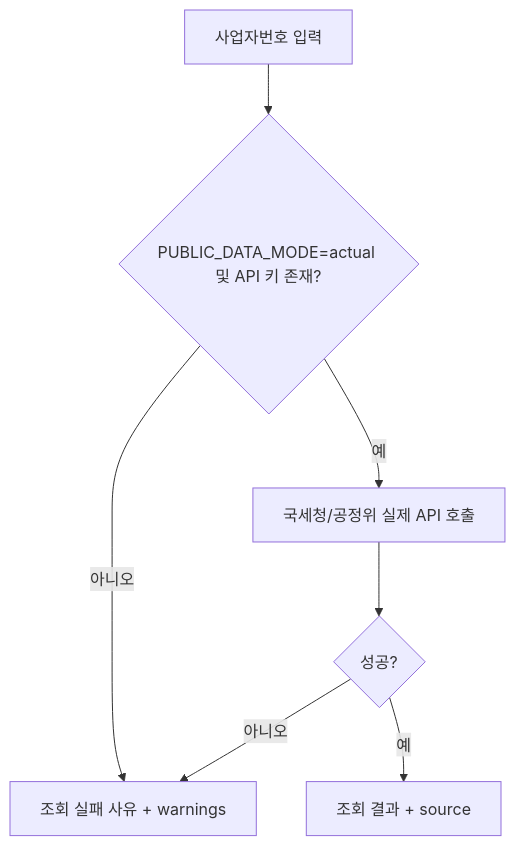
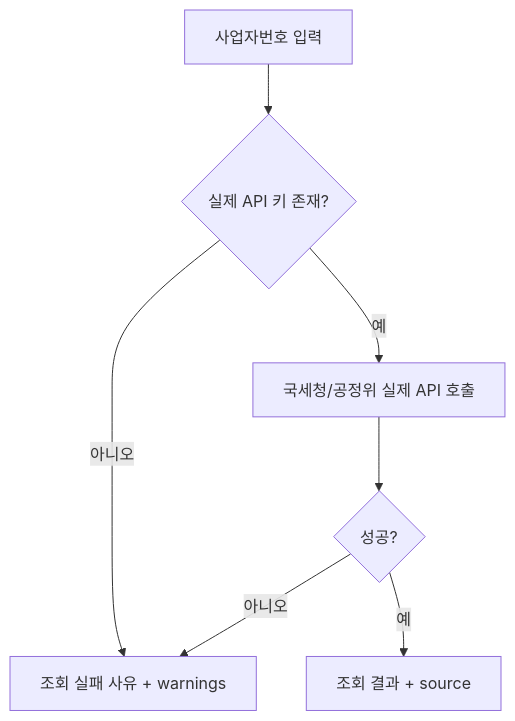
The second of 2 diagrams in ARCHITECTURE.md (jiwon-5570/talk-safeguard-mcp), drawn with Mermaid before and after one commit. The commit also changed other lines of this file and 16 other files, not shown here.

````diff
--- a/ARCHITECTURE.md
+++ b/ARCHITECTURE.md
@@ -36,9 +36,9 @@
 ```mermaid
 flowchart TD
-  I[사업자번호 입력] --> D{PUBLIC_DATA_MODE=actual 및 API 키 존재?}
+  I[사업자번호 입력] --> D{실제 API 키 존재?}
   D -- 아니오 --> F[조회 실패 사유 + warnings]
   D -- 예 --> P[국세청/공정위 실제 API 호출]
   P --> O{성공?}
   O -- 예 --> V[조회 결과 + source]
   O -- 아니오 --> F
 ```
````
